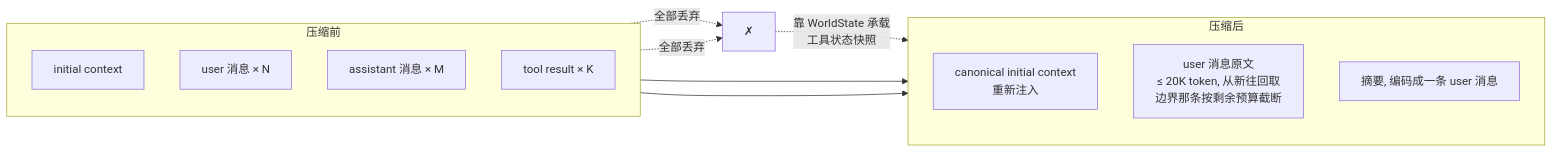
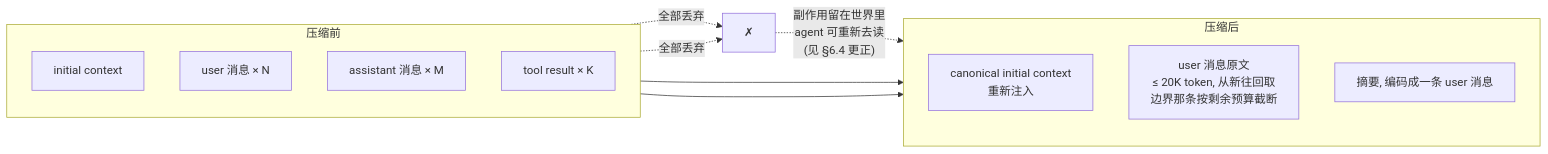
Diagram 13 of 19 in agent-context-compression/Agent_Context_Compression_Research.md (caiboyang/ML-learning), drawn with Mermaid before and after one commit. The commit also changed other lines of this file, not shown here.

````diff
--- a/agent-context-compression/Agent_Context_Compression_Research.md
+++ b/agent-context-compression/Agent_Context_Compression_Research.md
@@ -1402,21 +1414,21 @@
 ```mermaid
 flowchart LR
     subgraph BEFORE["压缩前"]
         direction TB
         b1["initial context"]
         b2["user 消息 × N"]
         b3["assistant 消息 × M"]
         b4["tool result × K"]
     end
     subgraph AFTER["压缩后"]
         direction TB
         a1["canonical initial context<br/>重新注入"]
         a2["user 消息原文<br/>≤ 20K token, 从新往回取<br/>边界那条按剩余预算截断"]
         a3["摘要, 编码成一条 user 消息"]
     end
     b1 --> a1
     b2 --> a2
     b3 -.->|"全部丢弃"| X["✗"]
     b4 -.->|"全部丢弃"| X
-    X -.->|"靠 WorldState 承载<br/>工具状态快照"| a3
+    X -.->|"副作用留在世界里<br/>agent 可重新去读<br/>(见 §6.4 更正)"| a3
 ```
````
